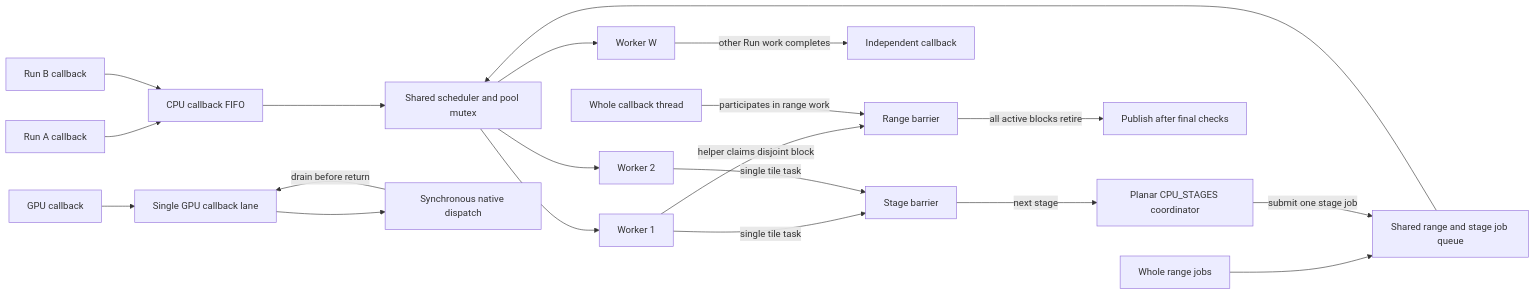
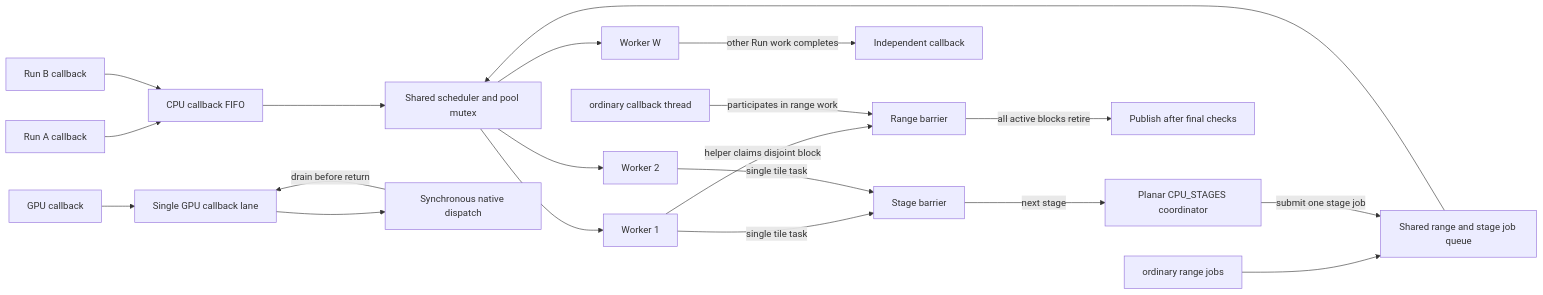
One commit to kevin-zf1123/photospider changed the diagram in docs/kernel-architecture/Parallel-Execution-Model.md. Above: the diagram before and after it, drawn with Mermaid. The commit also changed other lines of this file and 600 other files, not shown here.

````diff
--- a/docs/kernel-architecture/Parallel-Execution-Model.md
+++ b/docs/kernel-architecture/Parallel-Execution-Model.md
@@ -11,22 +11,22 @@
 ```mermaid
 flowchart LR
     A[Run A callback] --> Q[CPU callback FIFO]
     B[Run B callback] --> Q
     Q --> S[Shared scheduler and pool mutex]
-    R[Whole range jobs] --> JQ[Shared range and stage job queue]
+    R[ordinary range jobs] --> JQ[Shared range and stage job queue]
     JQ --> S
     S --> W1[Worker 1]
     S --> W2[Worker 2]
     S --> WN[Worker W]
     W1 -->|helper claims disjoint block| J[Range barrier]
-    Caller[Whole callback thread] -->|participates in range work| J
+    Caller[ordinary callback thread] -->|participates in range work| J
     WN -->|other Run work completes| O[Independent callback]
     J -->|all active blocks retire| P[Publish after final checks]
     C[Planar CPU_STAGES coordinator] -->|submit one stage job| JQ
     W1 -->|single tile task| TB[Stage barrier]
     W2 -->|single tile task| TB
     TB -->|next stage| C
     G[GPU callback] --> GQ[Single GPU callback lane]
     GQ --> D[Synchronous native dispatch]
     D -->|drain before return| GQ
 ```
````
